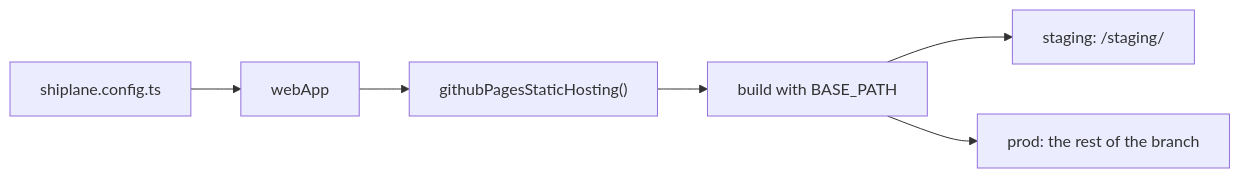
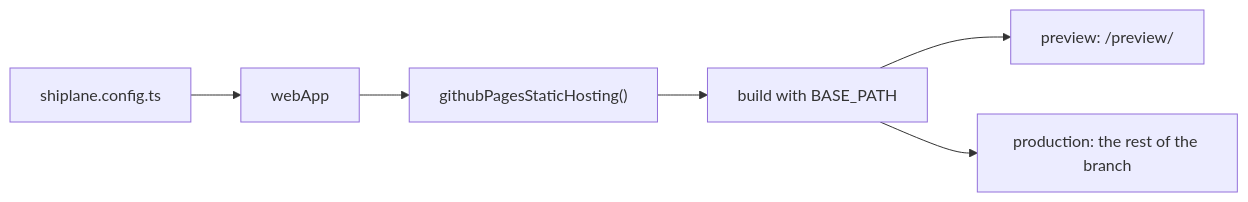
One commit to arnaud-zg/js-packages changed the diagram in packages/shiplane-github-pages/README.md. Above: the diagram before and after it, drawn with Mermaid. The commit also changed other lines of this file and 131 other files, not shown here.

Commit message:
docs(shiplane): examples, tests and docs show preview and production

````diff
--- a/packages/shiplane-github-pages/README.md
+++ b/packages/shiplane-github-pages/README.md
@@ -8,8 +8,8 @@
 ```mermaid
 flowchart LR
     CFG["shiplane.config.ts"] --> MOD["webApp"]
     MOD --> GH["githubPagesStaticHosting()"]
     GH --> BUILD["build with BASE_PATH"]
-    BUILD --> PRE["staging: /staging/"]
-    BUILD --> PROD["prod: the rest of the branch"]
+    BUILD --> PRE["preview: /preview/"]
+    BUILD --> PRODUCTION["production: the rest of the branch"]
 ```
````
